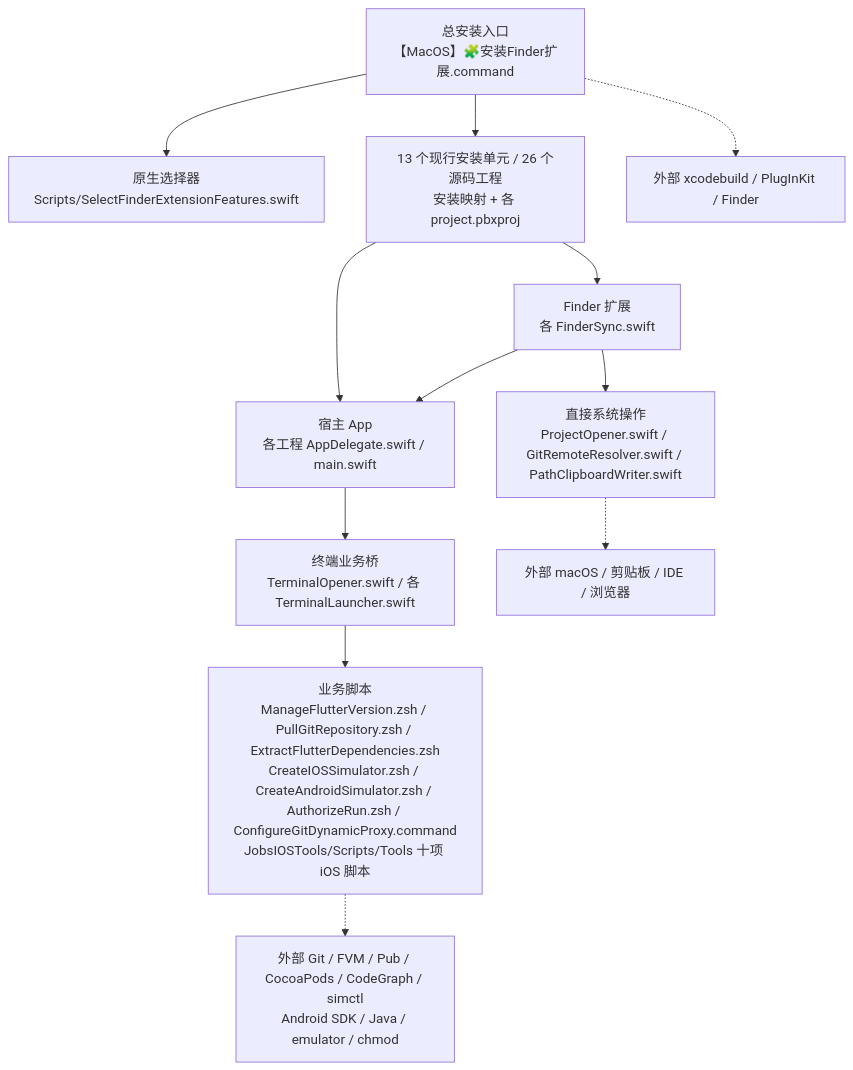
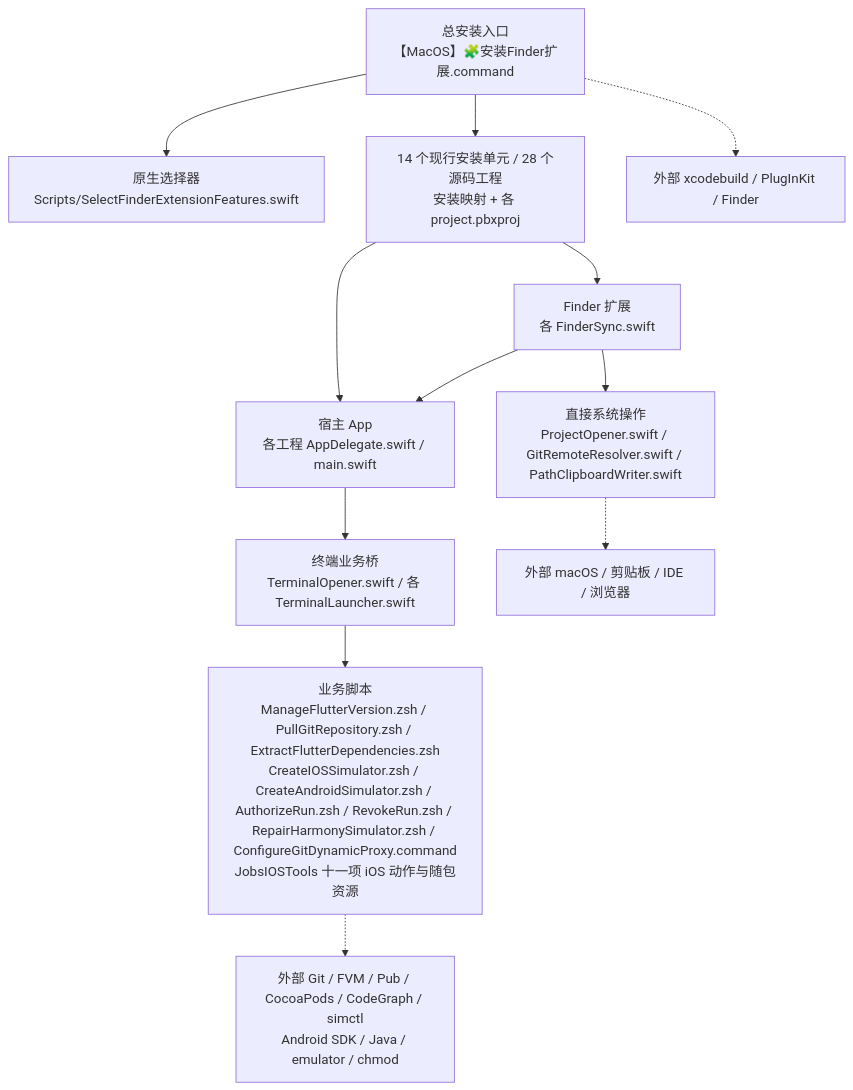
One commit to JobsKits/MacOS_Extension changed the first of 3 diagrams in README.md. Above: the diagram before and after it, drawn with Mermaid. The commit also changed other lines of this file and 134 other files, not shown here.

````diff
--- a/README.md
+++ b/README.md
@@ -421,14 +433,14 @@
 ```mermaid
 flowchart TD
     A["总安装入口<br/>【MacOS】🧩安装Finder扩展.command"] --> B["原生选择器<br/>Scripts/SelectFinderExtensionFeatures.swift"]
-    A --> C["13 个现行安装单元 / 26 个源码工程<br/>安装映射 + 各 project.pbxproj"]
+    A --> C["14 个现行安装单元 / 28 个源码工程<br/>安装映射 + 各 project.pbxproj"]
     C --> D["宿主 App<br/>各工程 AppDelegate.swift / main.swift"]
     C --> E["Finder 扩展<br/>各 FinderSync.swift"]
     E --> F["直接系统操作<br/>ProjectOpener.swift / GitRemoteResolver.swift / PathClipboardWriter.swift"]
     E --> D
     D --> G["终端业务桥<br/>TerminalOpener.swift / 各 TerminalLauncher.swift"]
-    G --> H["业务脚本<br/>ManageFlutterVersion.zsh / PullGitRepository.zsh / ExtractFlutterDependencies.zsh<br/>CreateIOSSimulator.zsh / CreateAndroidSimulator.zsh / AuthorizeRun.zsh / ConfigureGitDynamicProxy.command<br/>JobsIOSTools/Scripts/Tools 十项 iOS 脚本"]
+    G --> H["业务脚本<br/>ManageFlutterVersion.zsh / PullGitRepository.zsh / ExtractFlutterDependencies.zsh<br/>CreateIOSSimulator.zsh / CreateAndroidSimulator.zsh / AuthorizeRun.zsh / RevokeRun.zsh / RepairHarmonySimulator.zsh / ConfigureGitDynamicProxy.command<br/>JobsIOSTools 十一项 iOS 动作与随包资源"]
     F -.-> I["外部 macOS / 剪贴板 / IDE / 浏览器"]
     H -.-> J["外部 Git / FVM / Pub / CocoaPods / CodeGraph / simctl<br/>Android SDK / Java / emulator / chmod"]
     A -.-> K["外部 xcodebuild / PlugInKit / Finder"]
 ```
````
